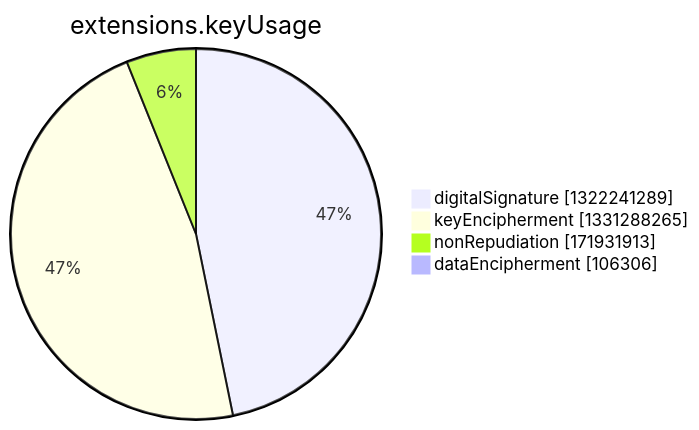
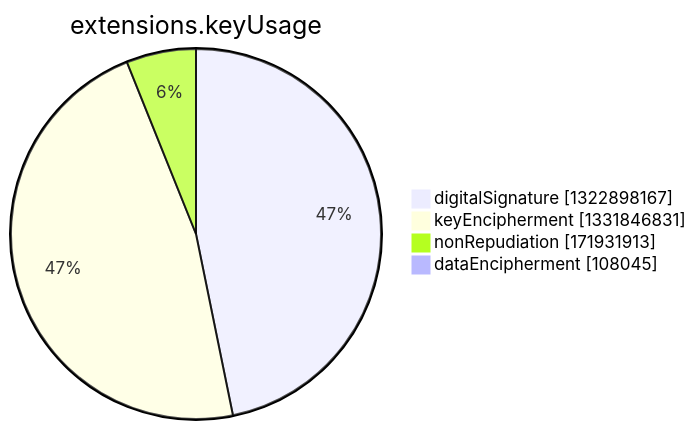
Before and after one commit to christiankrug/ctmonitor_visualization: the seventh of 15 diagrams in argon2022/README.md, drawn with Mermaid. The commit also changed other lines of this file, not shown here.

````diff
--- a/argon2022/README.md
+++ b/argon2022/README.md
@@ -2750,8 +2750,8 @@
 ```mermaid
 pie showData
 title extensions.keyUsage
-"digitalSignature" :1322241289
-"keyEncipherment" :1331288265
+"digitalSignature" :1322898167
+"keyEncipherment" :1331846831
 "nonRepudiation" :171931913
-"dataEncipherment" :106306
+"dataEncipherment" :108045
 ```
````
